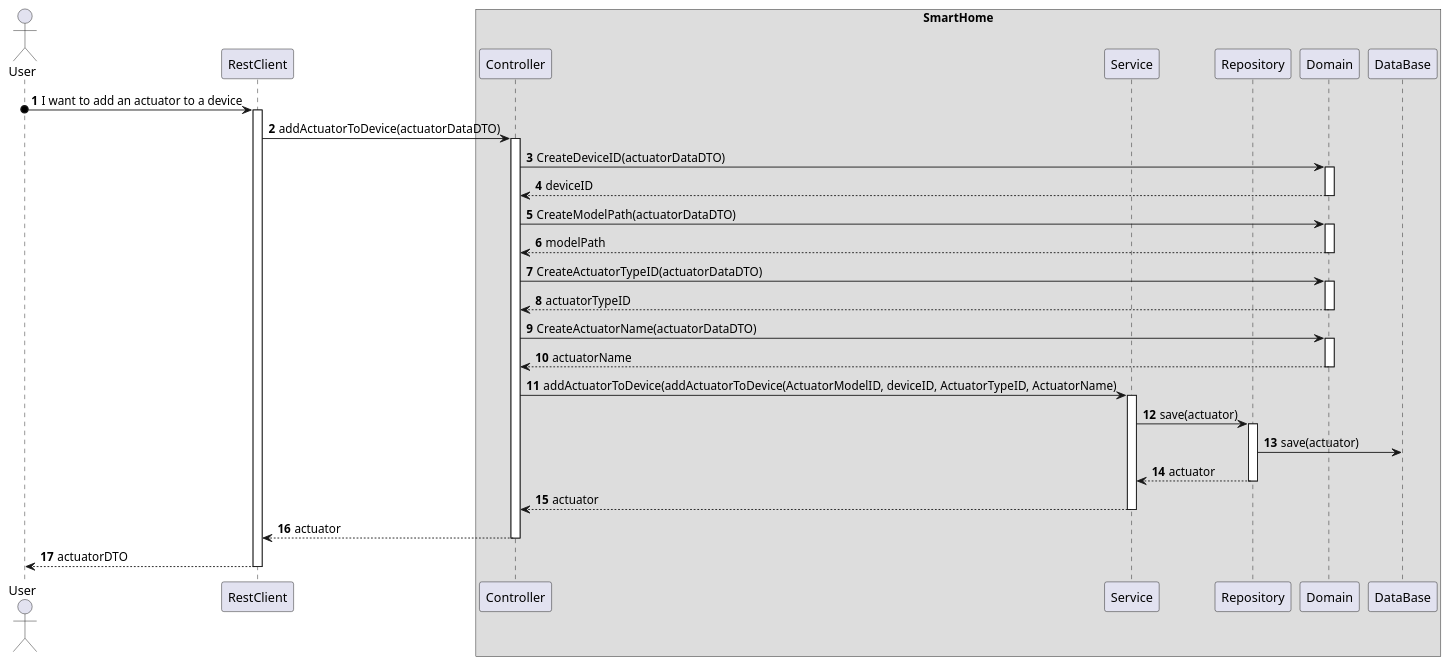
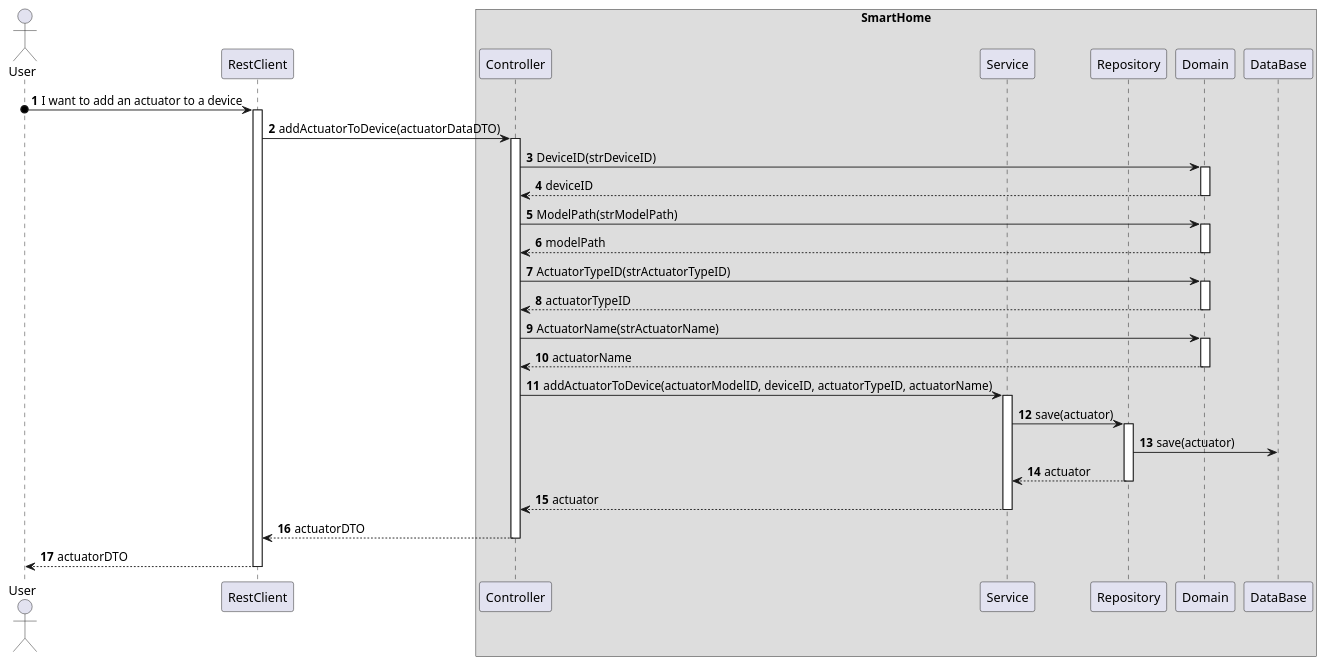
One commit to olivDiogo/SmartHome changed the diagram in docs/ooa/C4_4plus1_models_v2/Level3/ProcessView/ProcessViewLevel3_UC10.puml. Above: the diagram before and after it, drawn with PlantUML. The commit also changed 7 other files, not shown here.

Commit message:
fix: fixed ProcessViewLevel3 diagrams #468

```diff
--- a/docs/ooa/C4_4plus1_models_v2/Level3/ProcessView/ProcessViewLevel3_UC10.puml
+++ b/docs/ooa/C4_4plus1_models_v2/Level3/ProcessView/ProcessViewLevel3_UC10.puml
@@ -1,55 +1,65 @@
 @startuml
 'https://plantuml.com/sequence-diagram
 !pragma layout smetana
 
 autonumber
 
 actor "User" as User
 participant "RestClient" as RC
 
 box "SmartHome"
     participant "Controller" as CTRL
     participant "Service" as SV
     participant "Repository" as REPO
     participant "Domain" as DOM
     participant "DataBase" as BD
 end box
 
 User o-> RC : I want to add an actuator to a device
 activate RC
+
 RC -> CTRL : addActuatorToDevice(actuatorDataDTO)
 activate CTRL
-CTRL -> DOM : CreateDeviceID(actuatorDataDTO)
+
+CTRL -> DOM : DeviceID(strDeviceID)
 activate DOM
 DOM --> CTRL : deviceID
 deactivate DOM
-CTRL -> DOM : CreateModelPath(actuatorDataDTO)
+
+CTRL -> DOM :ModelPath(strModelPath)
 activate DOM
 DOM --> CTRL : modelPath
 deactivate DOM
-CTRL -> DOM : CreateActuatorTypeID(actuatorDataDTO)
+
+CTRL -> DOM : ActuatorTypeID(strActuatorTypeID)
 activate DOM
 DOM --> CTRL : actuatorTypeID
 deactivate DOM
-CTRL -> DOM : CreateActuatorName(actuatorDataDTO)
+
+CTRL -> DOM :ActuatorName(strActuatorName)
 activate DOM
 DOM --> CTRL : actuatorName
 deactivate DOM
 
-CTRL -> SV : addActuatorToDevice(addActuatorToDevice(ActuatorModelID, deviceID, ActuatorTypeID, ActuatorName)
+CTRL -> SV : addActuatorToDevice(actuatorModelID, deviceID, actuatorTypeID, actuatorName)
 activate SV
+
 SV -> REPO : save(actuator)
 activate REPO
+
 REPO -> BD : save(actuator)
+
 REPO --> SV : actuator
 deactivate REPO
 
 SV --> CTRL : actuator
 deactivate SV
-CTRL --> RC : actuator
+
+CTRL --> RC : actuatorDTO
 deactivate CTRL
+
 RC --> User : actuatorDTO
 deactivate RC
 
 
 @enduml
```
